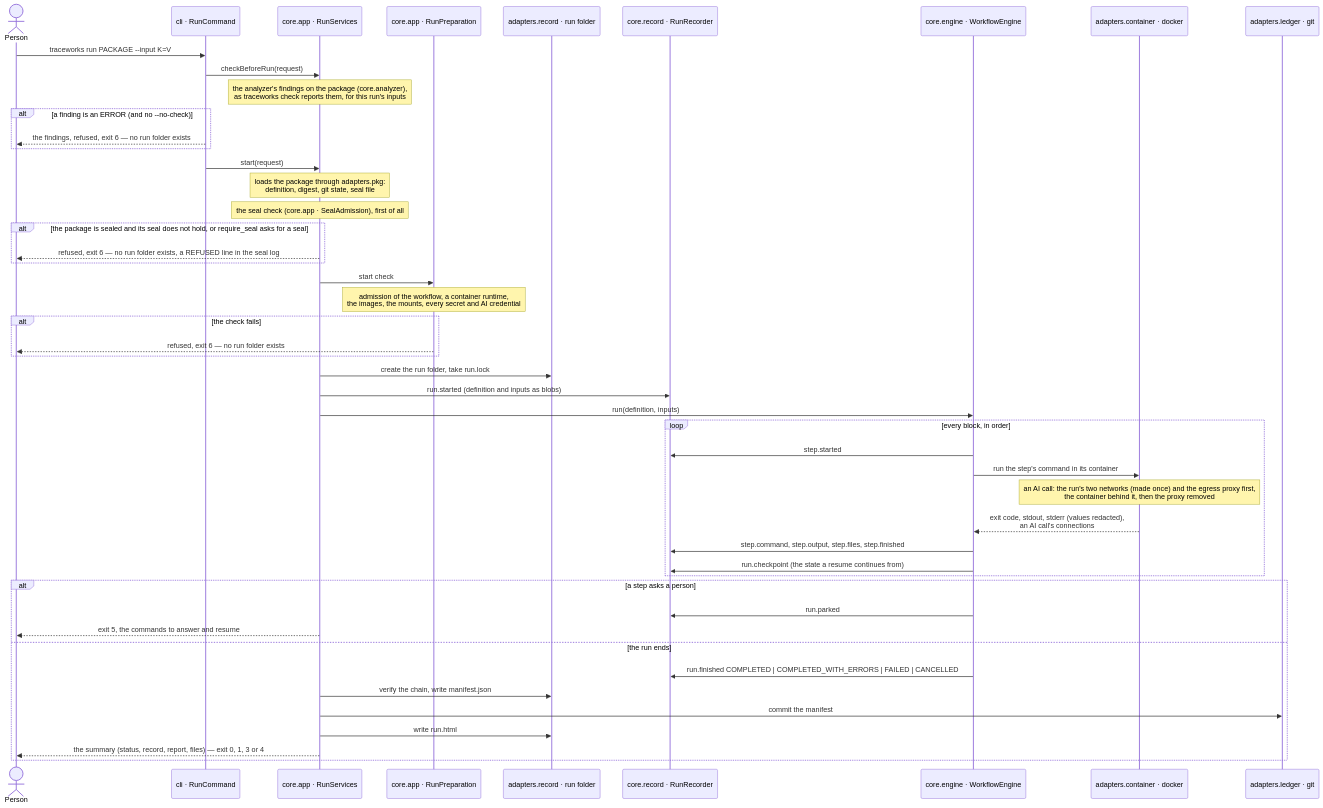
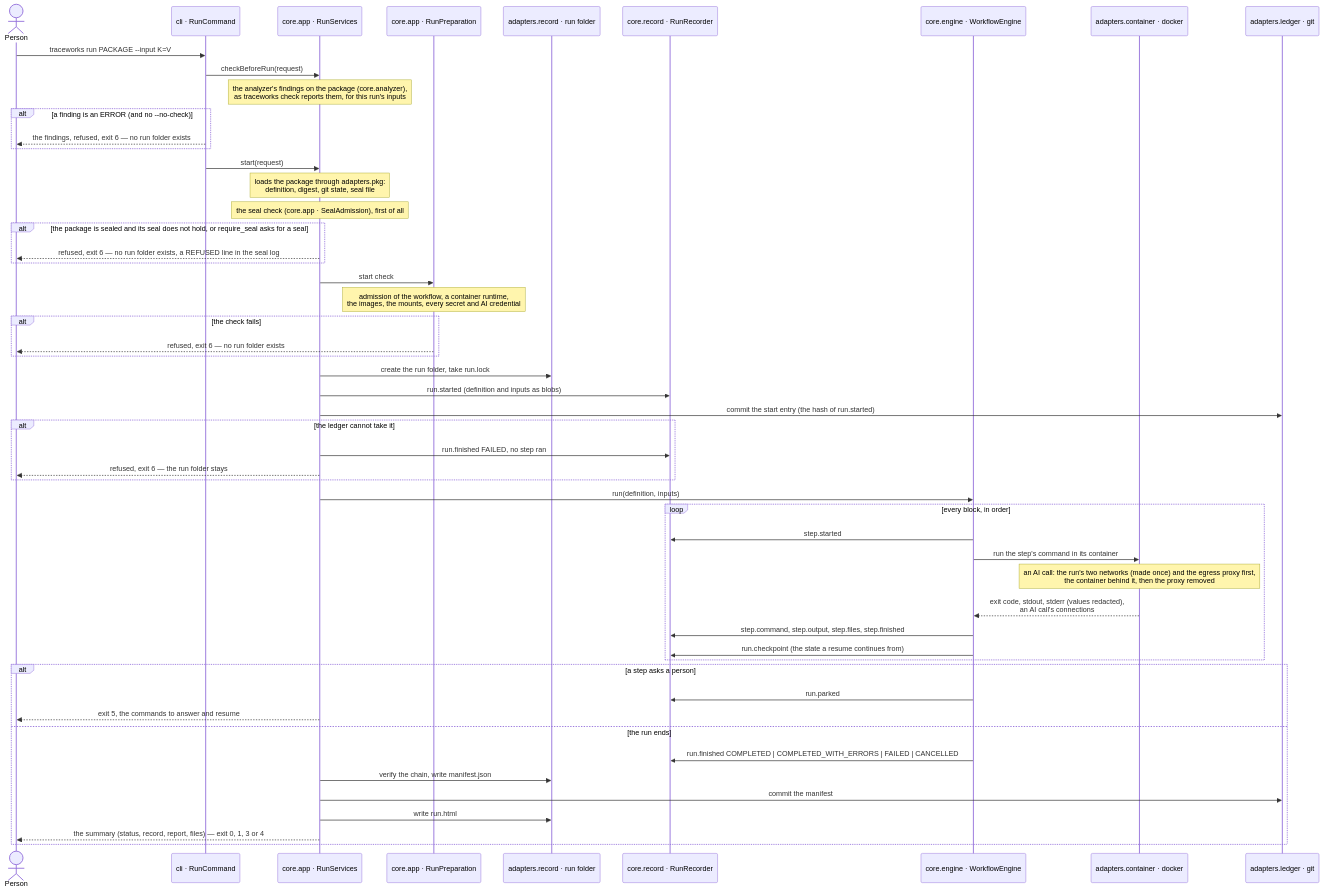
One commit to FLSEST/traceworks changed the third of 4 diagrams in docs/architecture.md. Above: the diagram before and after it, drawn with Mermaid. The commit also changed other lines of this file and 3 other files, not shown here.

Commit message:
docs: the start entry of the ledger, verify without a run, and what the ledger does not protect

````diff
--- a/docs/architecture.md
+++ b/docs/architecture.md
@@ -299,51 +299,56 @@
 ```mermaid
 sequenceDiagram
     actor Person
     participant CLI as cli · RunCommand
     participant Services as core.app · RunServices
     participant Check as core.app · RunPreparation
     participant Store as adapters.record · run folder
     participant Recorder as core.record · RunRecorder
     participant Engine as core.engine · WorkflowEngine
     participant Runtime as adapters.container · docker
     participant Ledger as adapters.ledger · git
 
     Person->>CLI: traceworks run PACKAGE --input K=V
     CLI->>Services: checkBeforeRun(request)
     Note over Services: the analyzer's findings on the package (core.analyzer),<br>as traceworks check reports them, for this run's inputs
     alt a finding is an ERROR (and no --no-check)
         CLI-->>Person: the findings, refused, exit 6 — no run folder exists
     end
     CLI->>Services: start(request)
     Note over Services: loads the package through adapters.pkg:<br>definition, digest, git state, seal file
     Note over Services: the seal check (core.app · SealAdmission), first of all
     alt the package is sealed and its seal does not hold, or require_seal asks for a seal
         Services-->>Person: refused, exit 6 — no run folder exists, a REFUSED line in the seal log
     end
     Services->>Check: start check
     Note over Check: admission of the workflow, a container runtime,<br>the images, the mounts, every secret and AI credential
     alt the check fails
         Check-->>Person: refused, exit 6 — no run folder exists
     end
     Services->>Store: create the run folder, take run.lock
     Services->>Recorder: run.started (definition and inputs as blobs)
+    Services->>Ledger: commit the start entry (the hash of run.started)
+    alt the ledger cannot take it
+        Services->>Recorder: run.finished FAILED, no step ran
+        Services-->>Person: refused, exit 6 — the run folder stays
+    end
     Services->>Engine: run(definition, inputs)
     loop every block, in order
         Engine->>Recorder: step.started
         Engine->>Runtime: run the step's command in its container
         Note over Runtime: an AI call: the run's two networks (made once) and the egress proxy first,<br>the container behind it, then the proxy removed
         Runtime-->>Engine: exit code, stdout, stderr (values redacted),<br>an AI call's connections
         Engine->>Recorder: step.command, step.output, step.files, step.finished
         Engine->>Recorder: run.checkpoint (the state a resume continues from)
     end
     alt a step asks a person
         Engine->>Recorder: run.parked
         Services-->>Person: exit 5, the commands to answer and resume
     else the run ends
         Engine->>Recorder: run.finished COMPLETED | COMPLETED_WITH_ERRORS | FAILED | CANCELLED
         Services->>Store: verify the chain, write manifest.json
         Services->>Ledger: commit the manifest
         Services->>Store: write run.html
         Services-->>Person: the summary (status, record, report, files) — exit 0, 1, 3 or 4
     end
 ```
````
